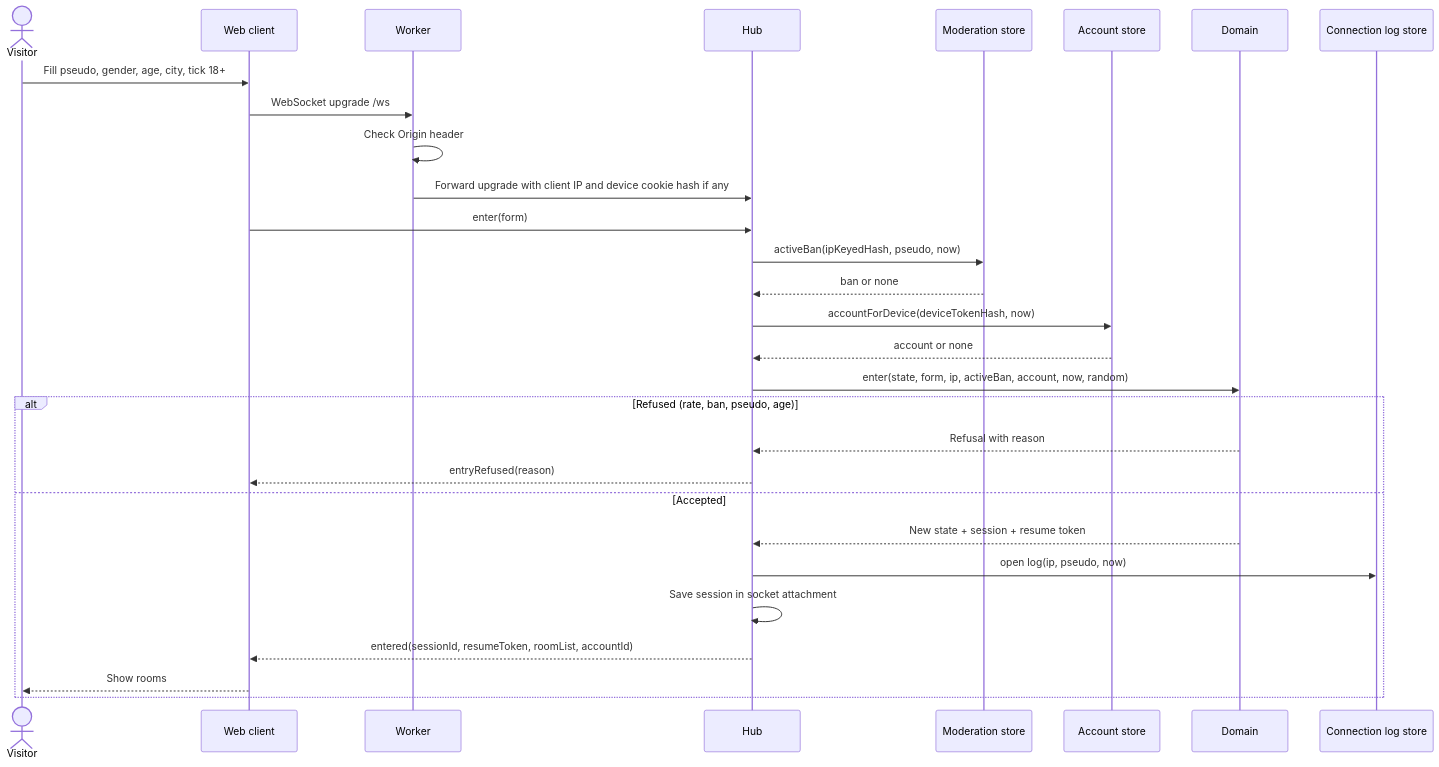
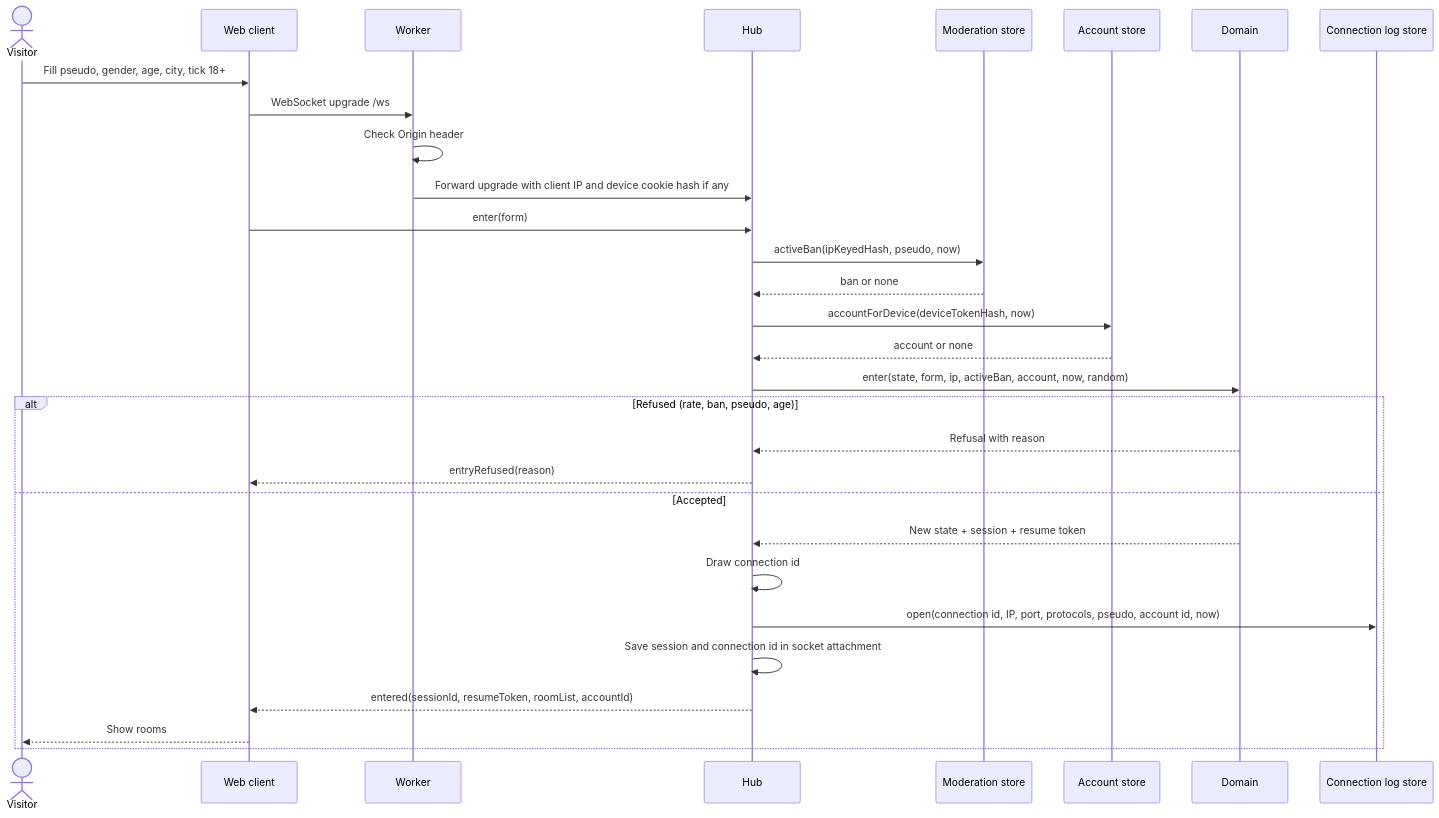
The diagram in docs/architecture/diagrams/entry/02a-sequence-enter.md (benoit-bremaud/asv), drawn with Mermaid before and after one commit. The commit also changed other lines of this file and 41 other files, not shown here.

````diff
--- a/docs/architecture/diagrams/entry/02a-sequence-enter.md
+++ b/docs/architecture/diagrams/entry/02a-sequence-enter.md
@@ -15,31 +15,32 @@
 ```mermaid
 sequenceDiagram
   actor V as Visitor
   participant W as Web client
   participant WK as Worker
   participant H as Hub
   participant ST as Moderation store
   participant AS as Account store
   participant D as Domain
   participant LS as Connection log store
   V->>W: Fill pseudo, gender, age, city, tick 18+
   W->>WK: WebSocket upgrade /ws
   WK->>WK: Check Origin header
   WK->>H: Forward upgrade with client IP and device cookie hash if any
   W->>H: enter(form)
   H->>ST: activeBan(ipKeyedHash, pseudo, now)
   ST-->>H: ban or none
   H->>AS: accountForDevice(deviceTokenHash, now)
   AS-->>H: account or none
   H->>D: enter(state, form, ip, activeBan, account, now, random)
   alt Refused (rate, ban, pseudo, age)
     D-->>H: Refusal with reason
     H-->>W: entryRefused(reason)
   else Accepted
     D-->>H: New state + session + resume token
-    H->>LS: open log(ip, pseudo, now)
-    H->>H: Save session in socket attachment
+    H->>H: Draw connection id
+    H->>LS: open(connection id, IP, port, protocols, pseudo, account id, now)
+    H->>H: Save session and connection id in socket attachment
     H-->>W: entered(sessionId, resumeToken, roomList, accountId)
     W-->>V: Show rooms
   end
 ```
````
